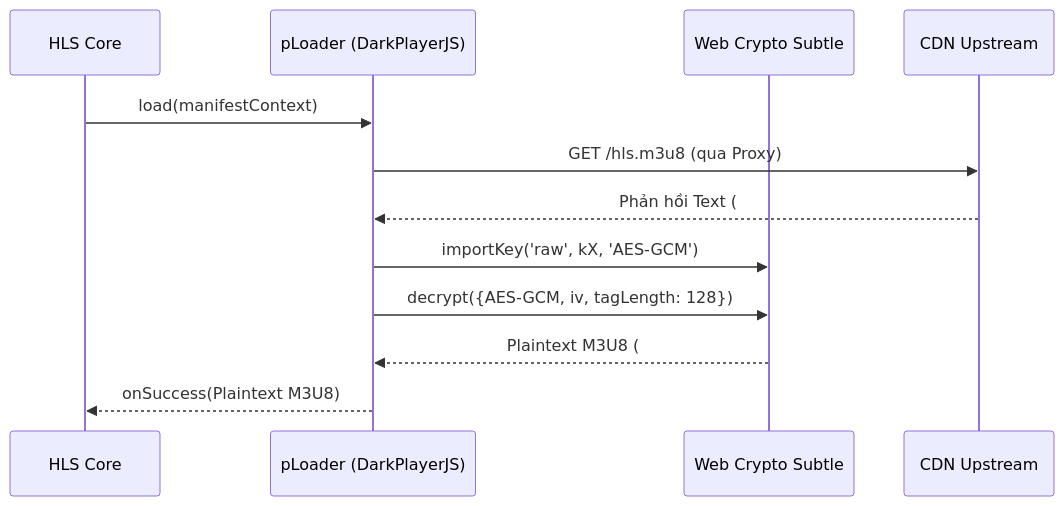
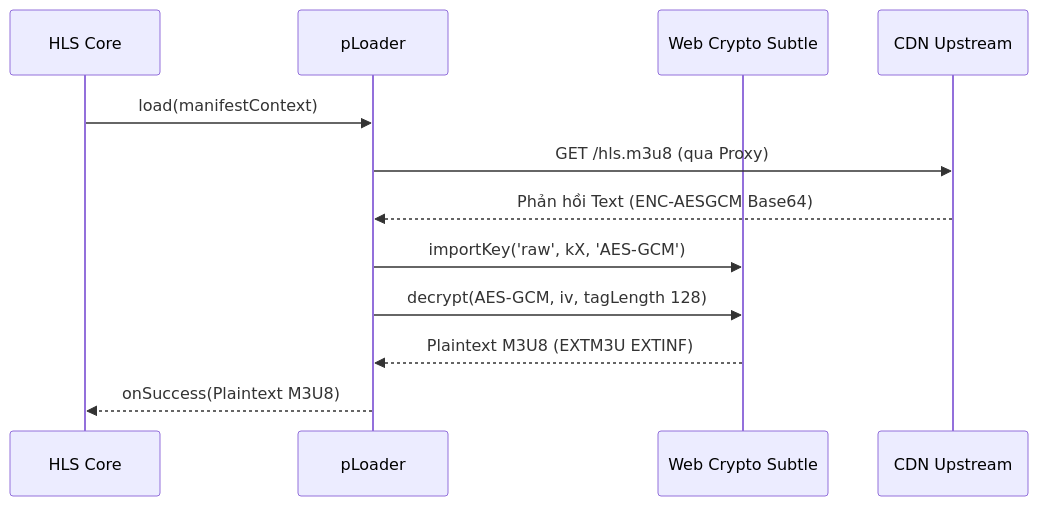
The second of 4 diagrams in PIPELINE_ARCHITECTURE.md (nguyenquocanhz/DarkPlayerJS), drawn with Mermaid before and after one commit. The commit also changed other lines of this file and 1 other file, not shown here.

Commit message:
fix(docs): Fix Mermaid syntax error in edge labels and add Technical Dissertation

````diff
--- a/PIPELINE_ARCHITECTURE.md
+++ b/PIPELINE_ARCHITECTURE.md
@@ -158,15 +158,15 @@
 ```mermaid
 sequenceDiagram
     participant H as HLS Core
-    participant PL as pLoader (DarkPlayerJS)
+    participant PL as pLoader
     participant WC as Web Crypto Subtle
     participant S as CDN Upstream
 
     H->>PL: load(manifestContext)
     PL->>S: GET /hls.m3u8 (qua Proxy)
-    S-->>PL: Phản hồi Text (#ENC-AESGCM iv=... Base64)
+    S-->>PL: Phản hồi Text (ENC-AESGCM Base64)
     PL->>WC: importKey('raw', kX, 'AES-GCM')
-    PL->>WC: decrypt({AES-GCM, iv, tagLength: 128})
-    WC-->>PL: Plaintext M3U8 (#EXTM3U #EXTINF...)
+    PL->>WC: decrypt(AES-GCM, iv, tagLength 128)
+    WC-->>PL: Plaintext M3U8 (EXTM3U EXTINF)
     PL-->>H: onSuccess(Plaintext M3U8)
 ```
````
